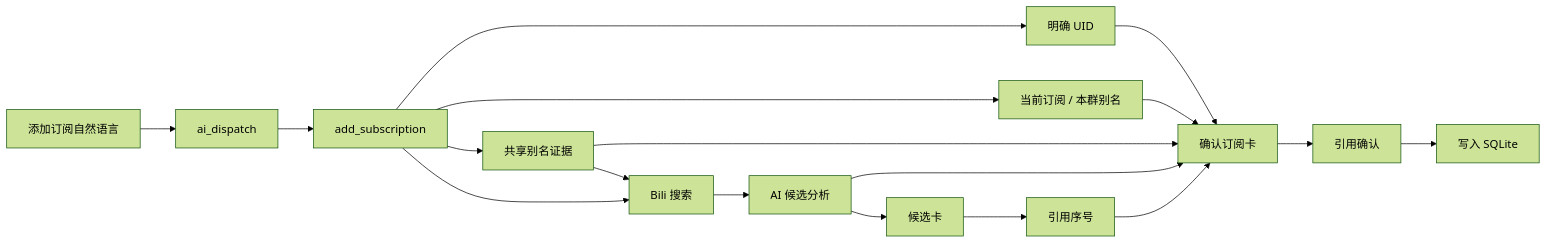
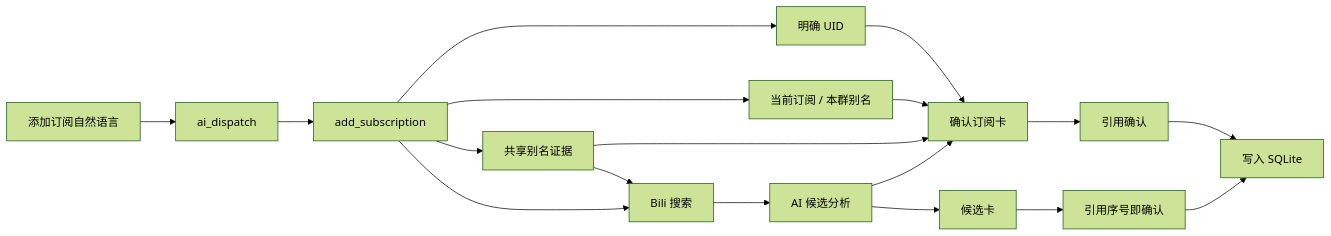
One commit to memoriass/astrbot_plugin_bilibili_push changed the second of 5 diagrams in workflows/workflow-map.md. Above: the diagram before and after it, drawn with Mermaid (forest theme). The commit also changed other lines of this file and 8 other files, not shown here.

````diff
--- a/workflows/workflow-map.md
+++ b/workflows/workflow-map.md
@@ -87,20 +87,20 @@
 ```mermaid
 flowchart LR
     Text["添加订阅自然语言"] --> Dispatch["ai_dispatch"]
     Dispatch --> Add["add_subscription"]
     Add --> UID["明确 UID"]
     Add --> Alias["当前订阅 / 本群别名"]
     Add --> Shared["共享别名证据"]
     Add --> Search["Bili 搜索"]
     Search --> AI["AI 候选分析"]
     UID --> Confirm["确认订阅卡"]
     Alias --> Confirm
     Shared --> Confirm
     Shared --> Search
     AI --> Confirm
     AI --> Candidates["候选卡"]
-    Candidates --> Continue["引用序号"]
-    Continue --> Confirm
+    Candidates --> Continue["引用序号即确认"]
+    Continue --> DB
     Confirm --> User["引用确认"]
     User --> DB["写入 SQLite"]
 ```
````
